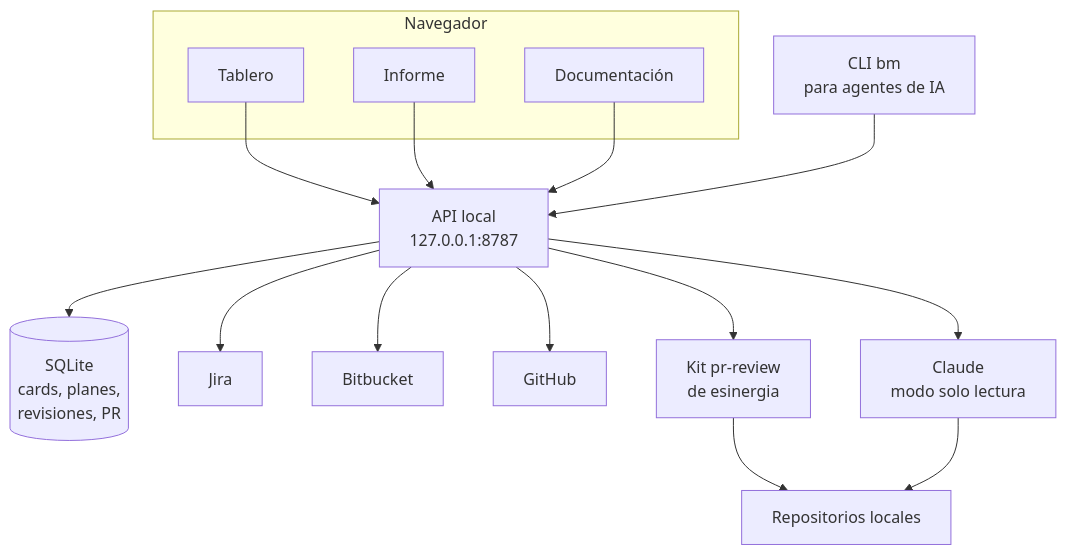
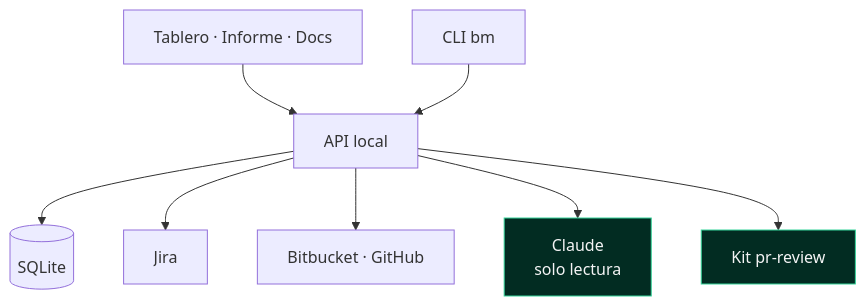
One commit to esinergiajohan/smart-goals-2026 changed the sixth of 6 diagrams in README.md. Above: the diagram before and after it, drawn with Mermaid. The commit also changed other lines of this file, not shown here.

````diff
--- a/README.md
+++ b/README.md
@@ -344,18 +332,12 @@
 ```mermaid
 flowchart TB
-  subgraph Navegador
-    T[Tablero]
-    R[Informe]
-    D[Documentación]
-  end
-  CLI[CLI bm<br/>para agentes de IA]
-  T & R & D & CLI --> API[API local<br/>127.0.0.1:8787]
-  API --> DB[(SQLite<br/>cards, planes,<br/>revisiones, PR)]
+  UI[Tablero · Informe · Docs] --> API[API local]
+  CLI[CLI bm] --> API
+  API --> DB[(SQLite)]
   API --> J[Jira]
-  API --> BB[Bitbucket]
-  API --> GH[GitHub]
-  API --> CC[Claude<br/>modo solo lectura]
-  API --> KIT[Kit pr-review<br/>de esinergia]
-  KIT --> REPO[Repositorios locales]
-  CC --> REPO
+  API --> G[Bitbucket · GitHub]
+  API --> IA[Claude<br/>solo lectura]
+  API --> KIT[Kit pr-review]
+  classDef ia fill:#022c22,stroke:#34d399,color:#f4f4f5
+  class IA,KIT ia
 ```
````
